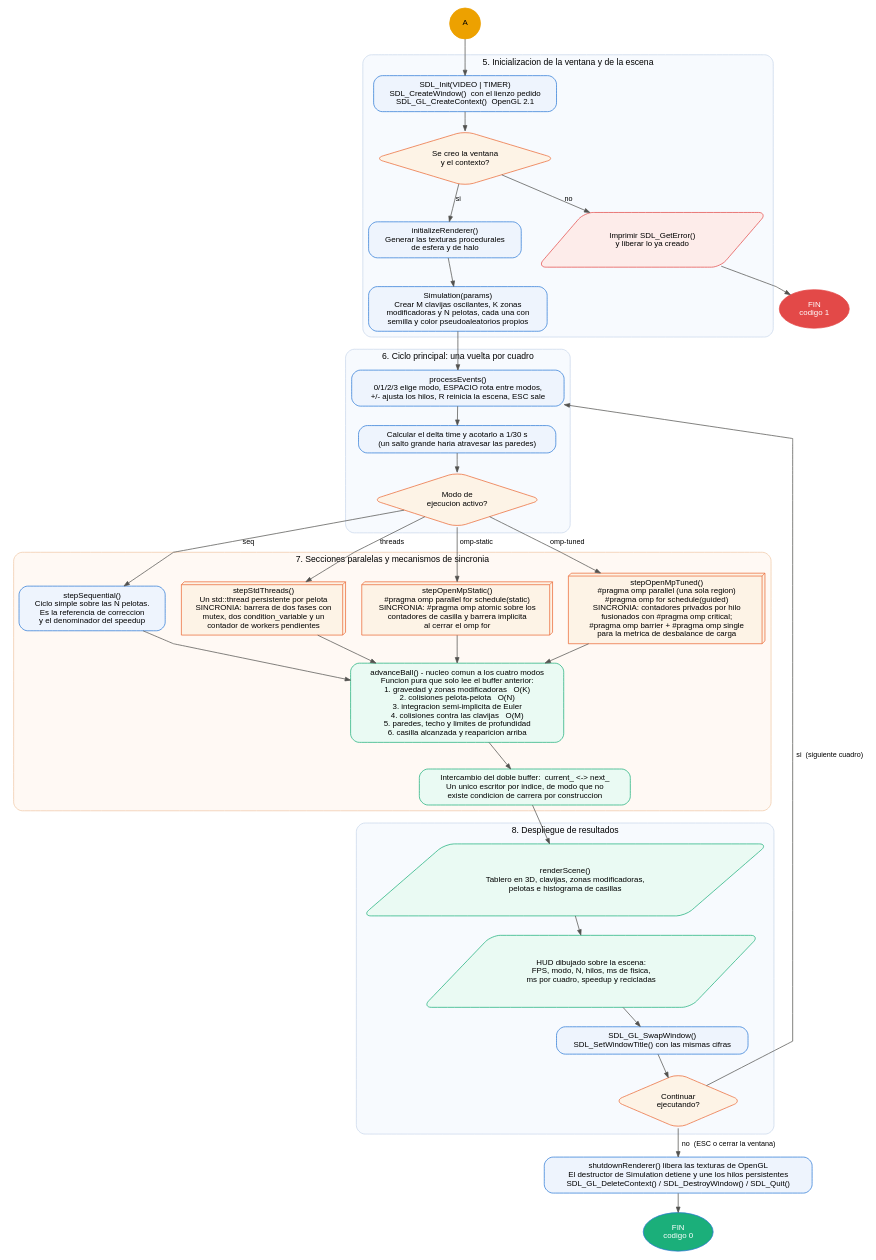
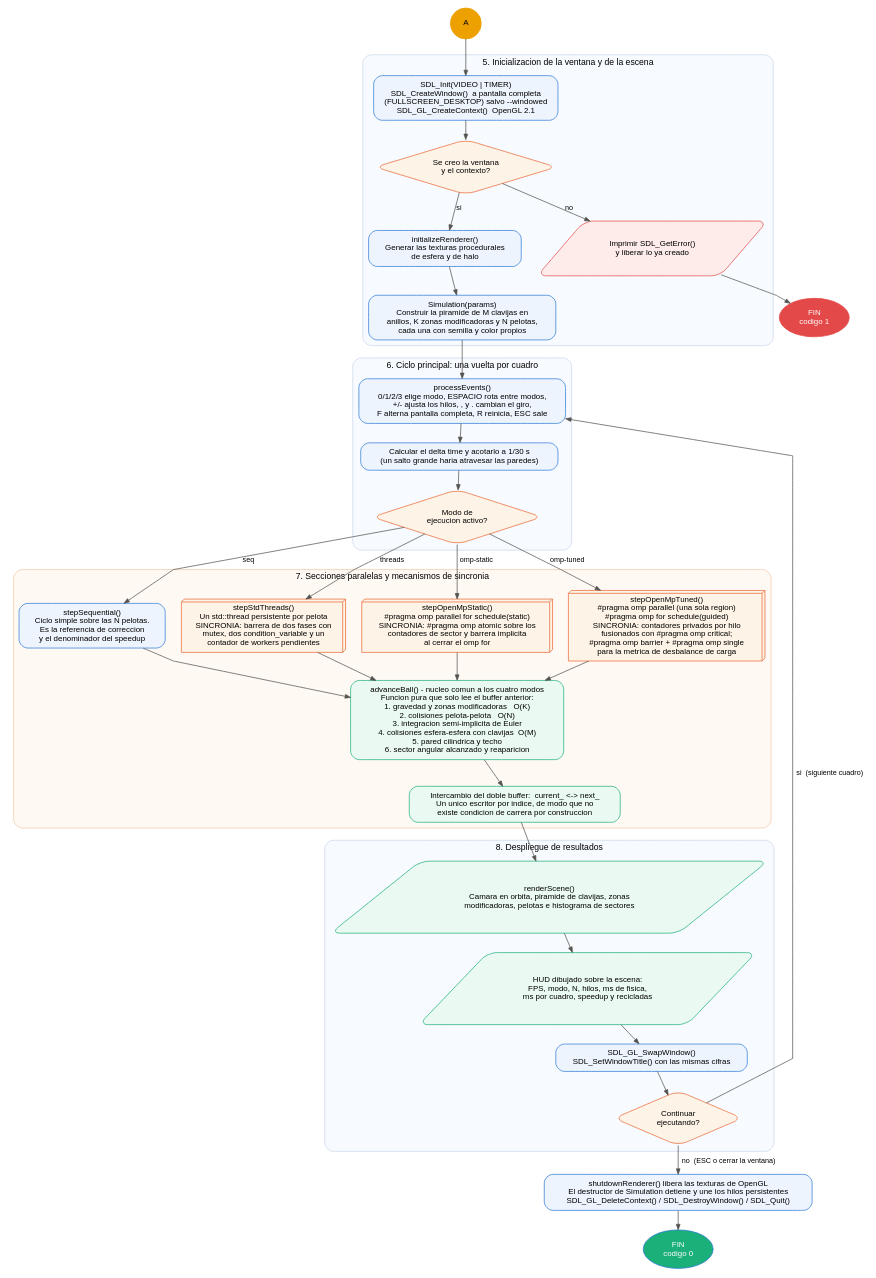
The diagram in docs/graficas/diagrama_flujo_p2.dot (iancumes/Proyecto1Paralela), drawn with Graphviz before and after one commit. The commit also changed 39 other files, not shown here.

First line of the commit message:
Convierte el tablero en una piramide 3D que gira, sube la carga y vuelve a medir

```diff
--- a/docs/graficas/diagrama_flujo_p2.dot
+++ b/docs/graficas/diagrama_flujo_p2.dot
@@ -1,77 +1,77 @@
 // Anexo 1, parte 2 de 2: ventana, ciclo principal, secciones paralelas y salida.
 digraph PlinkoParte2 {
     rankdir=TB; bgcolor="white"; splines=polyline;
     nodesep=0.30; ranksep=0.36; fontname="Helvetica";
     node [fontname="Helvetica", fontsize=11, margin="0.15,0.10"];
     edge [fontname="Helvetica", fontsize=10, color="#52514e", arrowsize=0.75];
     node [shape=box, style="filled,rounded", fillcolor="#eef4fd", color="#2a78d6"];
 
     conector [shape=circle, fillcolor="#eda100", color="#eda100", width=0.6, fixedsize=true, label="A"];
     fin_ok   [shape=oval, fillcolor="#1baf7a", fontcolor="white", label="FIN\ncodigo 0"];
     fin_e5   [shape=oval, fillcolor="#e34948", fontcolor="white", color="#e34948", label="FIN\ncodigo 1"];
 
     subgraph cluster_init {
         label="5. Inicializacion de la ventana y de la escena";
         fontsize=12; color="#c9d7ea"; style="rounded"; bgcolor="#f7fafe";
-        sdl   [label="SDL_Init(VIDEO | TIMER)\nSDL_CreateWindow()  con el lienzo pedido\nSDL_GL_CreateContext()  OpenGL 2.1"];
+        sdl   [label="SDL_Init(VIDEO | TIMER)\nSDL_CreateWindow()  a pantalla completa\n(FULLSCREEN_DESKTOP) salvo --windowed\nSDL_GL_CreateContext()  OpenGL 2.1"];
         d_sdl [shape=diamond, fillcolor="#fdf3e6", color="#eb6834", label="Se creo la ventana\ny el contexto?"];
         e_sdl [shape=parallelogram, fillcolor="#fdecea", color="#e34948", label="Imprimir SDL_GetError()\ny liberar lo ya creado"];
         render_init [label="initializeRenderer()\nGenerar las texturas procedurales\nde esfera y de halo"];
-        escena [label="Simulation(params)\nCrear M clavijas oscilantes, K zonas\nmodificadoras y N pelotas, cada una con\nsemilla y color pseudoaleatorios propios"];
+        escena [label="Simulation(params)\nConstruir la piramide de M clavijas en\nanillos, K zonas modificadoras y N pelotas,\ncada una con semilla y color propios"];
     }
 
     subgraph cluster_ciclo {
         label="6. Ciclo principal: una vuelta por cuadro";
         fontsize=12; color="#c9d7ea"; style="rounded"; bgcolor="#f7fafe";
-        eventos [label="processEvents()\n0/1/2/3 elige modo, ESPACIO rota entre modos,\n+/- ajusta los hilos, R reinicia la escena, ESC sale"];
+        eventos [label="processEvents()\n0/1/2/3 elige modo, ESPACIO rota entre modos,\n+/- ajusta los hilos, , y . cambian el giro,\nF alterna pantalla completa, R reinicia, ESC sale"];
         dt      [label="Calcular el delta time y acotarlo a 1/30 s\n(un salto grande haria atravesar las paredes)"];
         d_modo  [shape=diamond, fillcolor="#fdf3e6", color="#eb6834", label="Modo de\nejecucion activo?"];
     }
 
     subgraph cluster_paralelo {
         label="7. Secciones paralelas y mecanismos de sincronia";
         fontsize=12; color="#f0c9a8"; style="rounded"; bgcolor="#fff9f4";
         seq [shape=box, style="filled,rounded", fillcolor="#eef4fd", color="#2a78d6",
              label="stepSequential()\nCiclo simple sobre las N pelotas.\nEs la referencia de correccion\ny el denominador del speedup"];
         hilos [shape=box3d, fillcolor="#fdf3e6", color="#eb6834",
                label="stepStdThreads()\nUn std::thread persistente por pelota\nSINCRONIA: barrera de dos fases con\nmutex, dos condition_variable y un\ncontador de workers pendientes"];
         est [shape=box3d, fillcolor="#fdf3e6", color="#eb6834",
-             label="stepOpenMpStatic()\n#pragma omp parallel for schedule(static)\nSINCRONIA: #pragma omp atomic sobre los\ncontadores de casilla y barrera implicita\nal cerrar el omp for"];
+             label="stepOpenMpStatic()\n#pragma omp parallel for schedule(static)\nSINCRONIA: #pragma omp atomic sobre los\ncontadores de sector y barrera implicita\nal cerrar el omp for"];
         aju [shape=box3d, fillcolor="#fdf3e6", color="#eb6834",
              label="stepOpenMpTuned()\n#pragma omp parallel (una sola region)\n#pragma omp for schedule(guided)\nSINCRONIA: contadores privados por hilo\nfusionados con #pragma omp critical;\n#pragma omp barrier + #pragma omp single\npara la metrica de desbalance de carga"];
         kernel [shape=box, style="filled,rounded", fillcolor="#eafaf3", color="#1baf7a",
-                label="advanceBall() - nucleo comun a los cuatro modos\nFuncion pura que solo lee el buffer anterior:\n1. gravedad y zonas modificadoras   O(K)\n2. colisiones pelota-pelota   O(N)\n3. integracion semi-implicita de Euler\n4. colisiones contra las clavijas   O(M)\n5. paredes, techo y limites de profundidad\n6. casilla alcanzada y reaparicion arriba"];
+                label="advanceBall() - nucleo comun a los cuatro modos\nFuncion pura que solo lee el buffer anterior:\n1. gravedad y zonas modificadoras   O(K)\n2. colisiones pelota-pelota   O(N)\n3. integracion semi-implicita de Euler\n4. colisiones esfera-esfera con clavijas  O(M)\n5. pared cilindrica y techo\n6. sector angular alcanzado y reaparicion"];
         buffers [shape=box, style="filled,rounded", fillcolor="#eafaf3", color="#1baf7a",
                  label="Intercambio del doble buffer:  current_ <-> next_\nUn unico escritor por indice, de modo que no\nexiste condicion de carrera por construccion"];
     }
 
     subgraph cluster_salida {
         label="8. Despliegue de resultados";
         fontsize=12; color="#c9d7ea"; style="rounded"; bgcolor="#f7fafe";
         dibujar [shape=parallelogram, fillcolor="#eafaf3", color="#1baf7a",
-                 label="renderScene()\nTablero en 3D, clavijas, zonas modificadoras,\npelotas e histograma de casillas"];
+                 label="renderScene()\nCamara en orbita, piramide de clavijas, zonas\nmodificadoras, pelotas e histograma de sectores"];
         hud [shape=parallelogram, fillcolor="#eafaf3", color="#1baf7a",
              label="HUD dibujado sobre la escena:\nFPS, modo, N, hilos, ms de fisica,\nms por cuadro, speedup y recicladas"];
         swap [label="SDL_GL_SwapWindow()\nSDL_SetWindowTitle() con las mismas cifras"];
         d_sigue [shape=diamond, fillcolor="#fdf3e6", color="#eb6834", label="Continuar\nejecutando?"];
     }
 
     liberar [label="shutdownRenderer() libera las texturas de OpenGL\nEl destructor de Simulation detiene y une los hilos persistentes\nSDL_GL_DeleteContext() / SDL_DestroyWindow() / SDL_Quit()"];
 
     conector -> sdl;
     sdl -> d_sdl;
     d_sdl -> e_sdl [label="no"];  e_sdl -> fin_e5;
     d_sdl -> render_init [label="si"];
     render_init -> escena; escena -> eventos;
     eventos -> dt; dt -> d_modo;
     d_modo -> seq [label="seq"];
     d_modo -> hilos [label="threads"];
     d_modo -> est [label="omp-static"];
     d_modo -> aju [label="omp-tuned"];
     seq -> kernel; hilos -> kernel; est -> kernel; aju -> kernel;
     kernel -> buffers; buffers -> dibujar;
     dibujar -> hud; hud -> swap; swap -> d_sigue;
     d_sigue -> eventos [label="si  (siguiente cuadro)"];
     d_sigue -> liberar [label="no  (ESC o cerrar la ventana)"];
     liberar -> fin_ok;
 }
```
